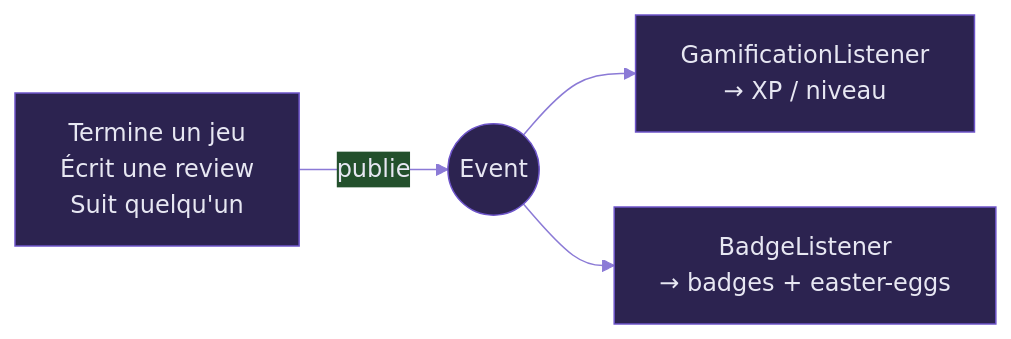
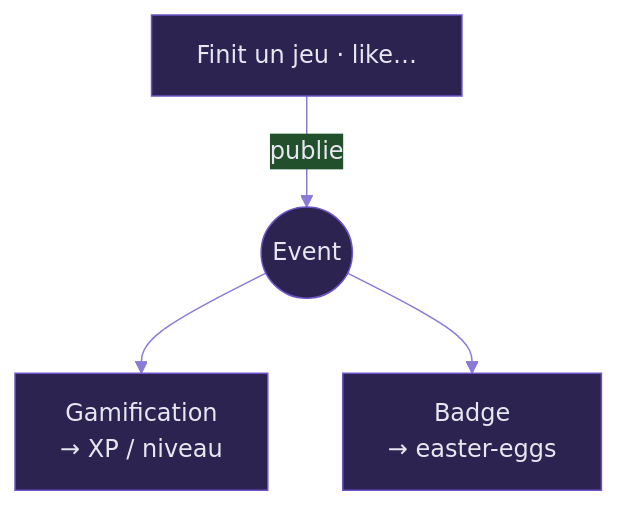
The diagram in doc/presentation/pages/03-implementations.md (gauthier-se/checkpoint), drawn with Mermaid before and after one commit. The commit also changed other lines of this file and 15 other files, not shown here.

````diff
--- a/doc/presentation/pages/03-implementations.md
+++ b/doc/presentation/pages/03-implementations.md
@@ -144,7 +147,7 @@
-```mermaid {scale: 0.66}
+```mermaid {scale: 0.5}
 %%{init: {'theme':'base','themeVariables':{'primaryColor':'#2c2350','primaryTextColor':'#e7e7f2','primaryBorderColor':'#6d54c9','lineColor':'#8b7ad6','fontFamily':'Inter'}}}%%
-flowchart LR
-  A["Termine un jeu<br/>Écrit une review<br/>Suit quelqu'un"] -->|publie| E((Event))
-  E --> L1["GamificationListener<br/>→ XP / niveau"]
-  E --> L2["BadgeListener<br/>→ badges + easter-eggs"]
+flowchart TB
+  A["Finit un jeu · like…"] -->|publie| E((Event))
+  E --> L1["Gamification<br/>→ XP / niveau"]
+  E --> L2["Badge<br/>→ easter-eggs"]
 ```
````
